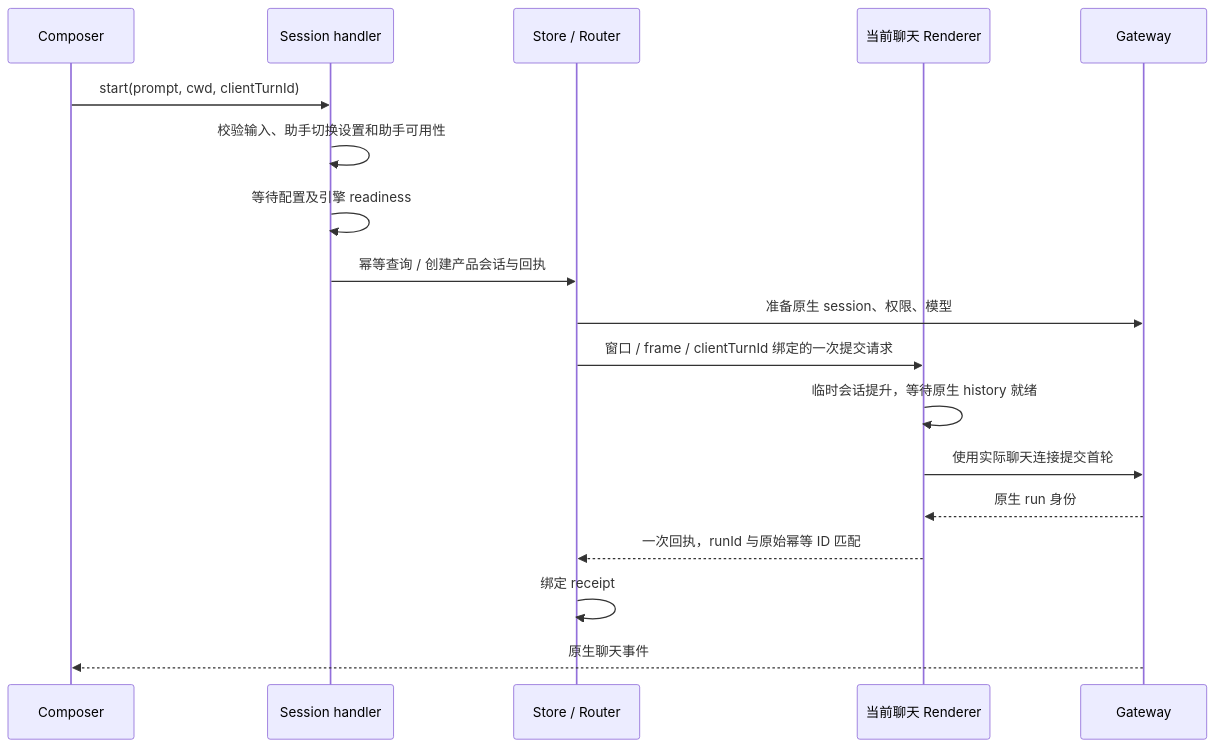
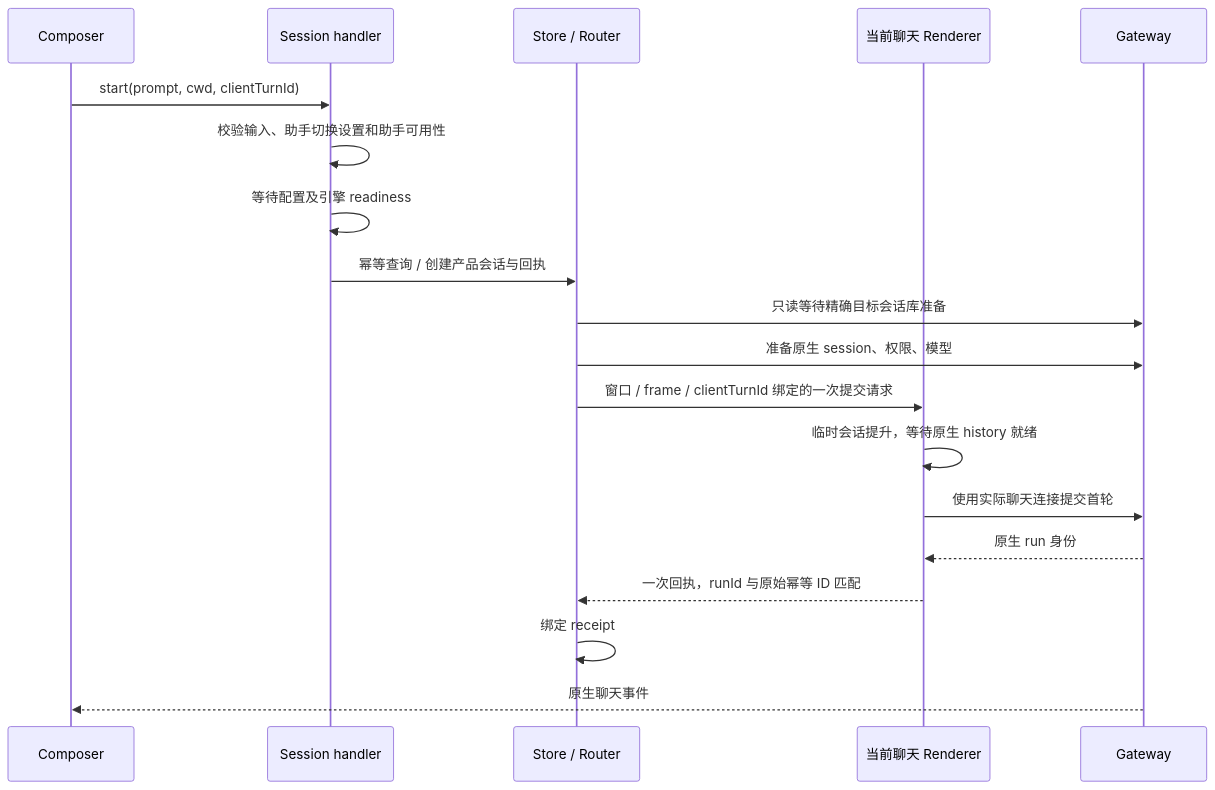
The first of 2 diagrams in docs/architecture/04-cowork-system.md (liangxhao/JustDo), drawn with Mermaid before and after one commit. The commit also changed other lines of this file and 151 other files, not shown here.

````diff
--- a/docs/architecture/04-cowork-system.md
+++ b/docs/architecture/04-cowork-system.md
@@ -29,20 +29,21 @@
 ```mermaid
 sequenceDiagram
   participant UI as Composer
   participant H as Session handler
   participant S as Store / Router
   participant R as 当前聊天 Renderer
   participant G as Gateway
   UI->>H: start(prompt, cwd, clientTurnId)
   H->>H: 校验输入、助手切换设置和助手可用性
   H->>H: 等待配置及引擎 readiness
   H->>S: 幂等查询 / 创建产品会话与回执
+  S->>G: 只读等待精确目标会话库准备
   S->>G: 准备原生 session、权限、模型
   S->>R: 窗口 / frame / clientTurnId 绑定的一次提交请求
   R->>R: 临时会话提升，等待原生 history 就绪
   R->>G: 使用实际聊天连接提交首轮
   G-->>R: 原生 run 身份
   R-->>S: 一次回执，runId 与原始幂等 ID 匹配
   S->>S: 绑定 receipt
   G-->>UI: 原生聊天事件
 ```
````
